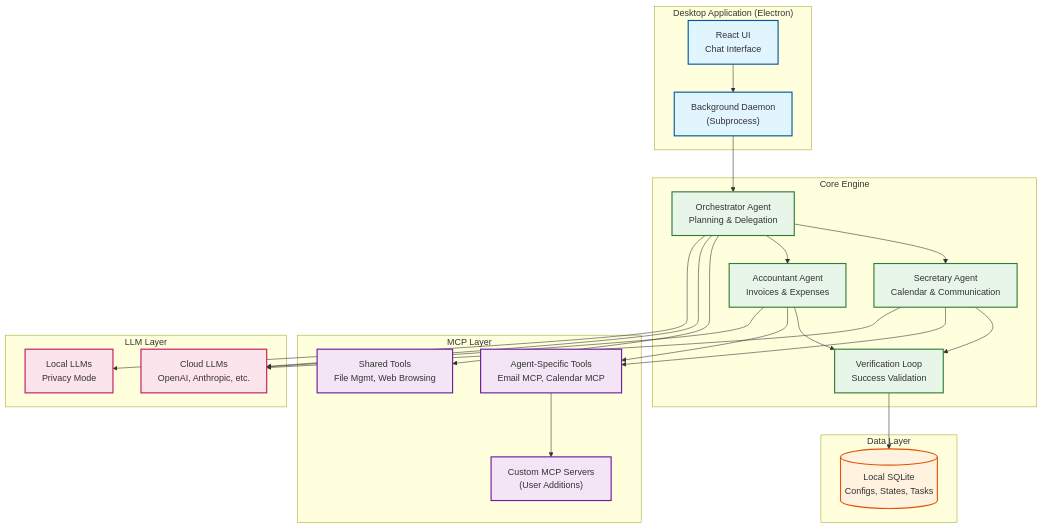
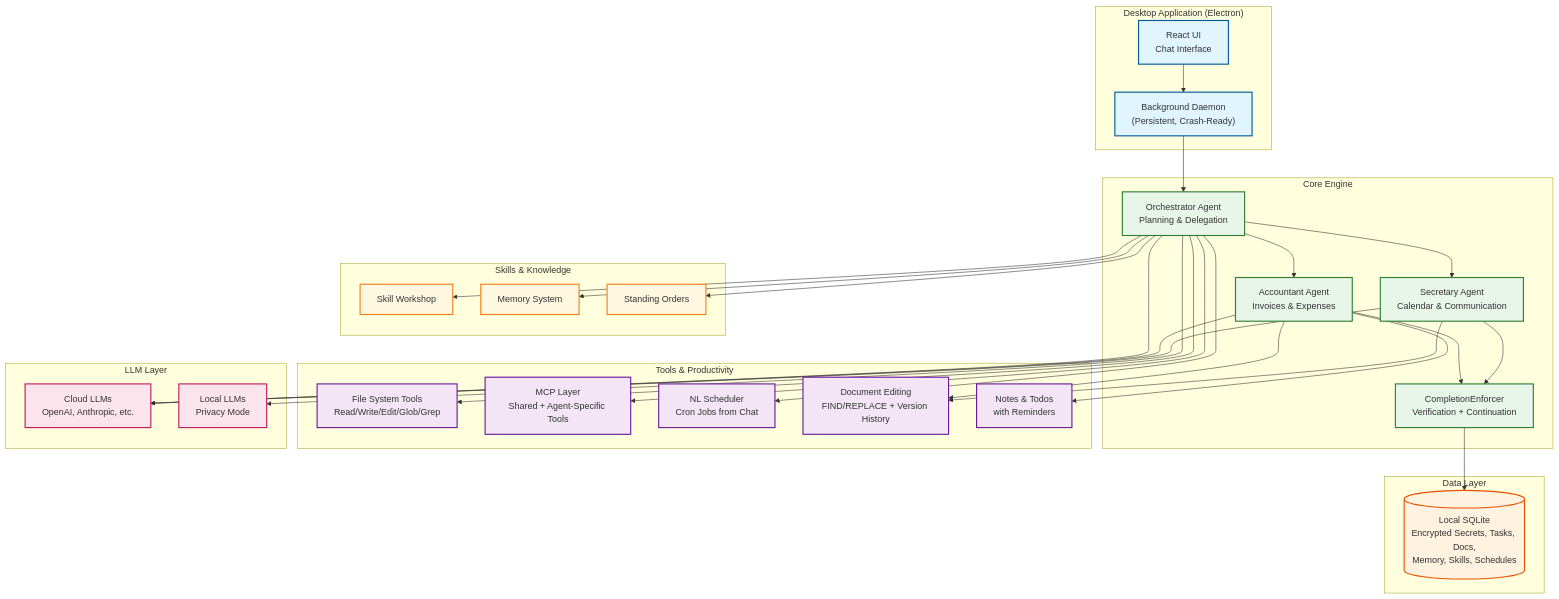
Before and after one commit to MyBoTeam/MyBoTeam: the second of 7 diagrams in PRD.md, drawn with Mermaid. The commit also changed other lines of this file and 1 other file, not shown here.

````diff
--- a/PRD.md
+++ b/PRD.md
@@ -166,57 +176,72 @@
 ```mermaid
 flowchart TB
     subgraph "Desktop Application (Electron)"
         UI["React UI\nChat Interface"]
-        Daemon["Background Daemon\n(Subprocess)"]
+        Daemon["Background Daemon\n(Persistent, Crash-Ready)"]
     end
 
     subgraph "Core Engine"
         Orchestrator["Orchestrator Agent\nPlanning & Delegation"]
         Secretary["Secretary Agent\nCalendar & Communication"]
         Accountant["Accountant Agent\nInvoices & Expenses"]
-        Verifier["Verification Loop\nSuccess Validation"]
+        Verifier["CompletionEnforcer\nVerification + Continuation"]
     end
 
-    subgraph "MCP Layer"
-        SharedTools["Shared Tools\nFile Mgmt, Web Browsing"]
-        AgentTools["Agent-Specific Tools\nEmail MCP, Calendar MCP"]
-        CustomMCP["Custom MCP Servers\n(User Additions)"]
+    subgraph "Skills & Knowledge"
+        Skills["Skill Workshop"]
+        Memory["Memory System"]
+        Orders["Standing Orders"]
+    end
+
+    subgraph "Tools & Productivity"
+        FileTools["File System Tools\nRead/Write/Edit/Glob/Grep"]
+        MCP["MCP Layer\nShared + Agent-Specific Tools"]
+        Scheduler["NL Scheduler\nCron Jobs from Chat"]
+        Docs["Document Editing\nFIND/REPLACE + Version History"]
+        Notes["Notes & Todos\nwith Reminders"]
     end
 
     subgraph "Data Layer"
-        DB[("Local SQLite\nConfigs, States, Tasks")]
+        DB[("Local SQLite\nEncrypted Secrets, Tasks, Docs,\nMemory, Skills, Schedules")]
     end
 
     subgraph "LLM Layer"
         Cloud["Cloud LLMs\nOpenAI, Anthropic, etc."]
         LocalLLM["Local LLMs\nPrivacy Mode"]
     end
 
     UI --> Daemon
     Daemon --> Orchestrator
     Orchestrator --> Secretary
     Orchestrator --> Accountant
     Secretary --> Verifier
     Accountant --> Verifier
     Verifier --> DB
-    Orchestrator --> SharedTools
-    Secretary --> AgentTools
-    Accountant --> AgentTools
-    AgentTools --> CustomMCP
+    Orchestrator --> FileTools
+    Orchestrator --> MCP
+    Orchestrator --> Scheduler
+    Orchestrator --> Skills
+    Orchestrator --> Memory
+    Orchestrator --> Orders
+    Secretary --> Docs
+    Accountant --> Notes
+    Accountant --> Docs
+    Secretary --> Cloud
+    Accountant --> Cloud
     Orchestrator --> Cloud
     Orchestrator --> LocalLLM
-    Secretary --> Cloud
-    Accountant --> Cloud
 
     classDef desktop fill:#e1f5fe,stroke:#01579b,stroke-width:2px
     classDef engine fill:#e8f5e9,stroke:#2e7d32,stroke-width:2px
-    classDef mcp fill:#f3e5f5,stroke:#6a1b9a,stroke-width:2px
+    classDef knowledge fill:#fff8e1,stroke:#f57f17,stroke-width:2px
+    classDef tools fill:#f3e5f5,stroke:#6a1b9a,stroke-width:2px
     classDef data fill:#fff3e0,stroke:#e65100,stroke-width:2px
     classDef llm fill:#fce4ec,stroke:#c2185b,stroke-width:2px
 
     class UI,Daemon desktop
     class Orchestrator,Secretary,Accountant,Verifier engine
-    class SharedTools,AgentTools,CustomMCP mcp
+    class Skills,Memory,Orders knowledge
+    class FileTools,MCP,Scheduler,Docs,Notes tools
     class DB data
     class Cloud,LocalLLM llm
 ```
````
